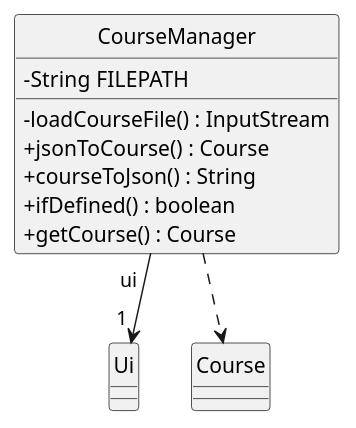
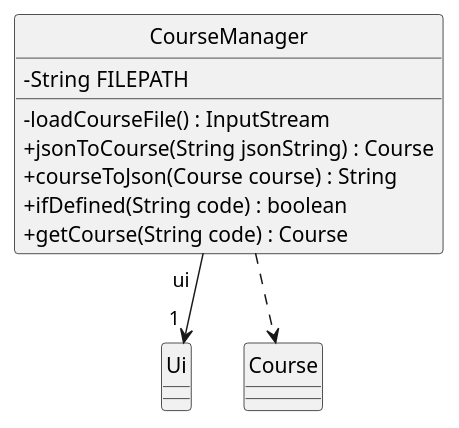
Before and after one commit to SahejAgarwal05/tp: the diagram in docs/class_diagrams/CourseManagerClassDiagram.puml, drawn with PlantUML. The commit also changed 22 other files, not shown here.

Commit message:
Add sequence diagrams, improve text output

```diff
--- a/docs/class_diagrams/CourseManagerClassDiagram.puml
+++ b/docs/class_diagrams/CourseManagerClassDiagram.puml
@@ -1,18 +1,18 @@
 @startuml
 'https://plantuml.com/class-diagram
 hide circle
 skinparam classAttributeIconSize 0
 
 CourseManager "ui  " --> "1 " Ui
 CourseManager ..> Course
 
 class CourseManager {
 -String FILEPATH
 -loadCourseFile() : InputStream
-+jsonToCourse() : Course
-+courseToJson() : String
-+ifDefined() : boolean
-+getCourse() : Course
++jsonToCourse(String jsonString) : Course
++courseToJson(Course course) : String
++ifDefined(String code) : boolean
++getCourse(String code) : Course
 }
 
 @enduml
```
